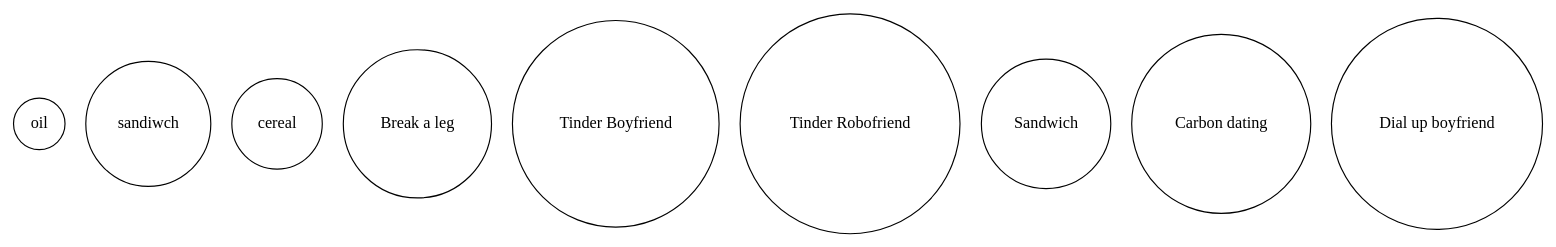
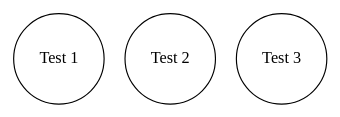
Before and after one commit to shinga/Making-an-Effective-Robot-Comedian: the diagram in NAO/talikk/current/AI/unconnectedJokes.gv, drawn with Graphviz. The commit also changed 10 other files, not shown here.

```diff
--- a/NAO/talikk/current/AI/unconnectedJokes.gv
+++ b/NAO/talikk/current/AI/unconnectedJokes.gv
@@ -1,14 +1,6 @@
 digraph "Unconnected Jokes" {
 	node [shape=circle]
-	oil
-	sandiwch
-	cereal
-	"Break a leg"
-	"Break a leg"
-	"Tinder Boyfriend"
-	"Tinder Robofriend"
-	Sandwich
-	"Carbon dating"
-	"Dial up boyfriend"
-	"Dial up boyfriend"
+	"Test 1"
+	"Test 2"
+	"Test 3"
 }
```
